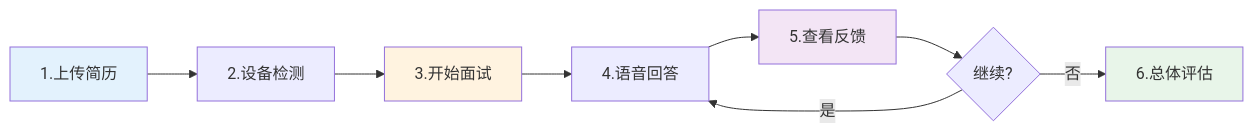
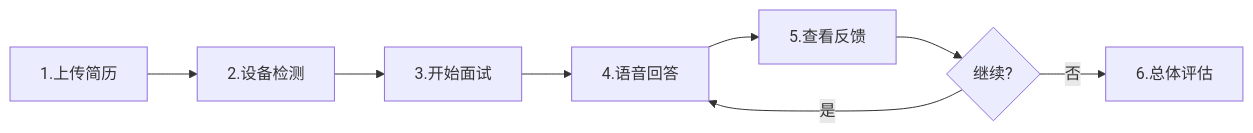
The sixth of 6 diagrams in README.md (Trade-Offf/QuizPort), drawn with Mermaid before and after one commit. The commit also changed other lines of this file, not shown here.

````diff
--- a/README.md
+++ b/README.md
@@ -375,15 +353,10 @@
 ```mermaid
-graph LR
+flowchart LR
     A[1.上传简历] --> B[2.设备检测]
     B --> C[3.开始面试]
     C --> D[4.语音回答]
     D --> E[5.查看反馈]
     E --> F{继续?}
     F -->|是| D
     F -->|否| G[6.总体评估]
-    
-    style A fill:#e3f2fd
-    style C fill:#fff3e0
-    style E fill:#f3e5f5
-    style G fill:#e8f5e9
 ```
````
